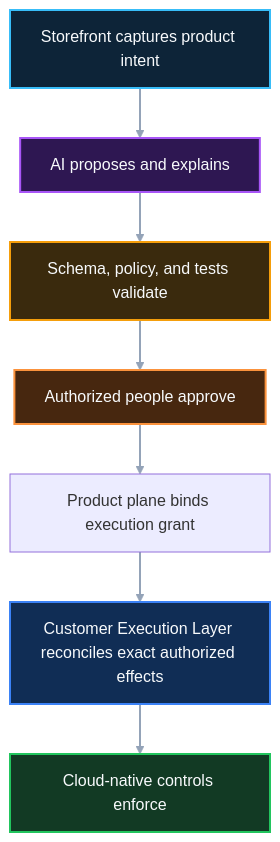
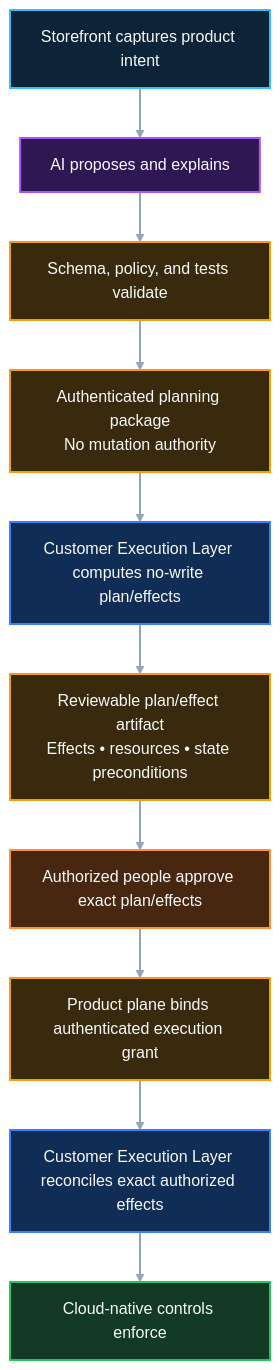
Before and after one commit to InfrastructureProductWorks/ai-powered-infrastructure-as-a-product: the second of 7 diagrams in README.md, drawn with Mermaid. The commit also changed other lines of this file, not shown here.

Commit message:
docs: route README authority through CEL planning

````diff
--- a/README.md
+++ b/README.md
@@ -258,23 +258,26 @@
 ```mermaid
 flowchart TB
   S[Storefront captures product intent] --> A[AI proposes and explains]
   A --> D[Schema, policy, and tests validate]
-  D --> H[Authorized people approve]
-  H --> P[Product plane binds execution grant]
+  D --> Q[Authenticated planning package\nNo mutation authority]
+  Q --> L[Customer Execution Layer computes no-write plan/effects]
+  L --> R[Reviewable plan/effect artifact\nEffects • resources • state preconditions]
+  R --> H[Authorized people approve exact plan/effects]
+  H --> P[Product plane binds authenticated execution grant]
   P --> X[Customer Execution Layer reconciles exact authorized effects]
   X --> C[Cloud-native controls enforce]
 
   classDef experience fill:#0D2438,stroke:#38BDF8,stroke-width:2px,color:#F8FAFC
   classDef intelligence fill:#2E1752,stroke:#A855F7,stroke-width:2px,color:#F8FAFC
   classDef governance fill:#3A2A0D,stroke:#F59E0B,stroke-width:2px,color:#F8FAFC
   classDef human fill:#47270F,stroke:#FB923C,stroke-width:2px,color:#F8FAFC
   classDef control fill:#102D55,stroke:#3B82F6,stroke-width:2px,color:#F8FAFC
   classDef enforcement fill:#123A24,stroke:#22C55E,stroke-width:2px,color:#F8FAFC
   class S experience
   class A intelligence
-  class D governance
+  class D,Q,R,P governance
   class H human
-  class X control
+  class L,X control
   class C enforcement
   linkStyle default stroke:#94A3B8,stroke-width:2px
 ```
````
